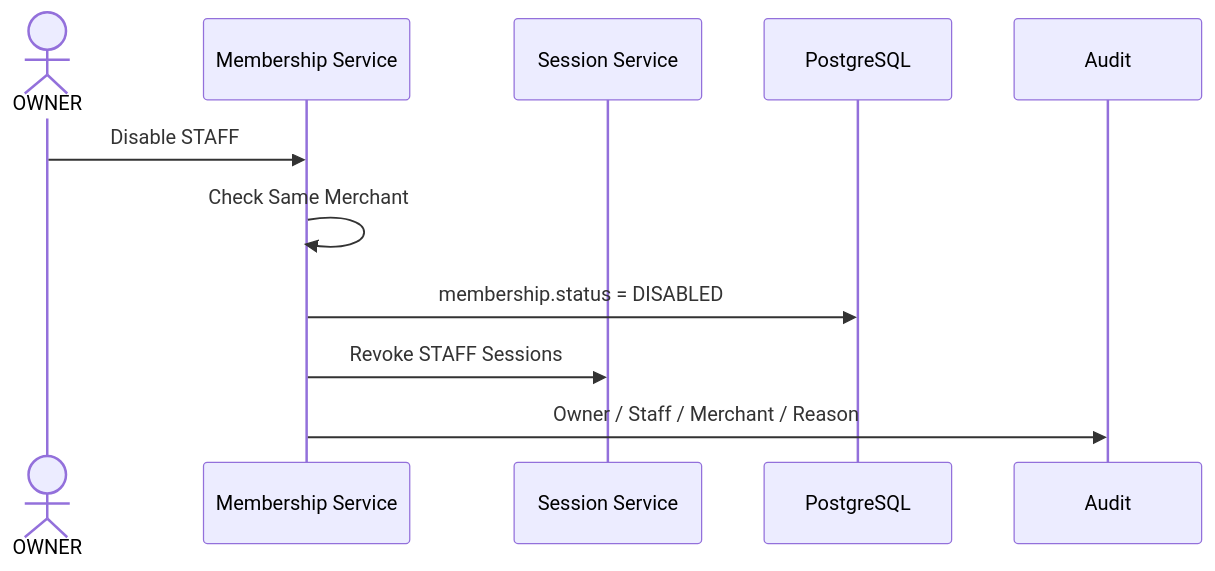
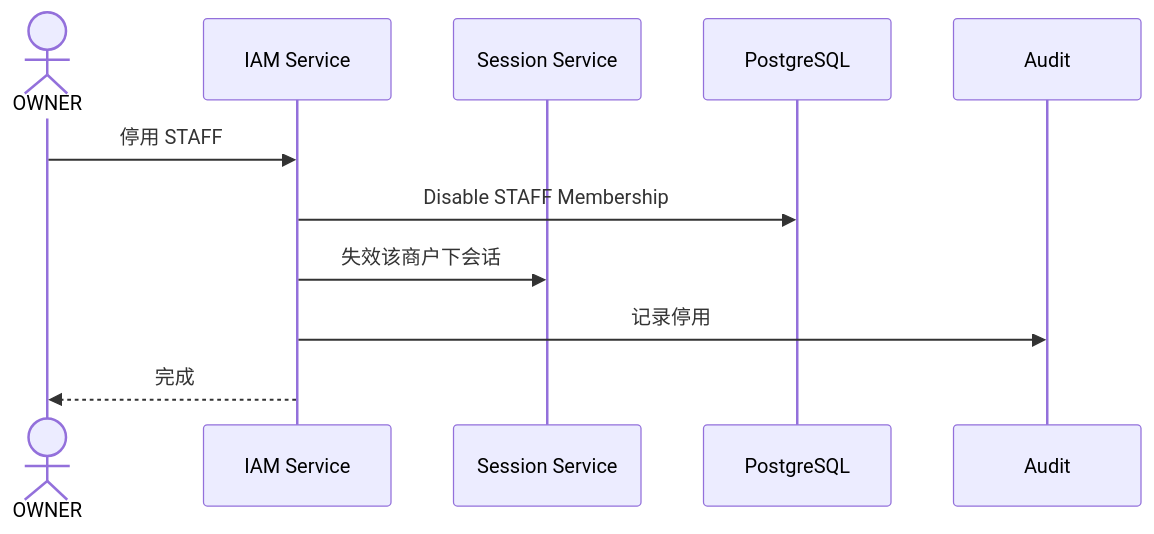
One commit to sxyq/mastergoods changed the fifth of 6 diagrams in docs/system-design/01-账户与身份/06-账号状态与商户成员关系.md. Above: the diagram before and after it, drawn with Mermaid. The commit also changed other lines of this file and 12 other files, not shown here.

Commit message:
docs(system-design): sync detailed design and explain flows

````diff
--- a/docs/system-design/01-账户与身份/06-账号状态与商户成员关系.md
+++ b/docs/system-design/01-账户与身份/06-账号状态与商户成员关系.md
@@ -120,14 +333,14 @@
 ```mermaid
 sequenceDiagram
     actor O as OWNER
-    participant MEMBER as Membership Service
+    participant IAM as IAM Service
     participant SESSION as Session Service
     participant DB as PostgreSQL
     participant AUDIT as Audit
 
-    O->>MEMBER: Disable STAFF
-    MEMBER->>MEMBER: Check Same Merchant
-    MEMBER->>DB: membership.status = DISABLED
-    MEMBER->>SESSION: Revoke STAFF Sessions
-    MEMBER->>AUDIT: Owner / Staff / Merchant / Reason
+    O->>IAM: 停用 STAFF
+    IAM->>DB: Disable STAFF Membership
+    IAM->>SESSION: 失效该商户下会话
+    IAM->>AUDIT: 记录停用
+    IAM-->>O: 完成
 ```
````
